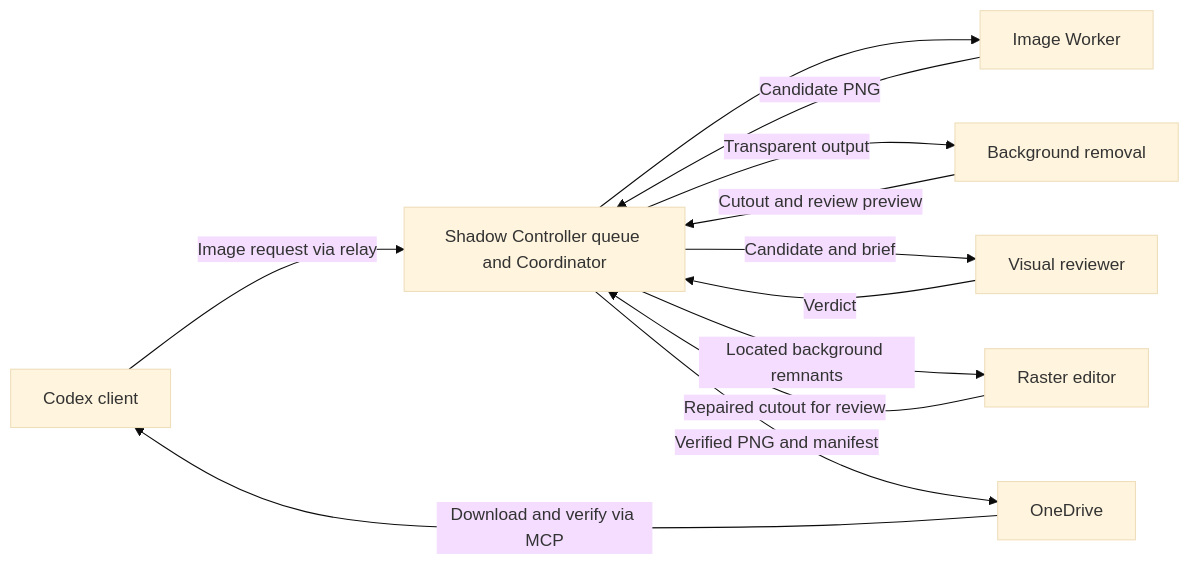
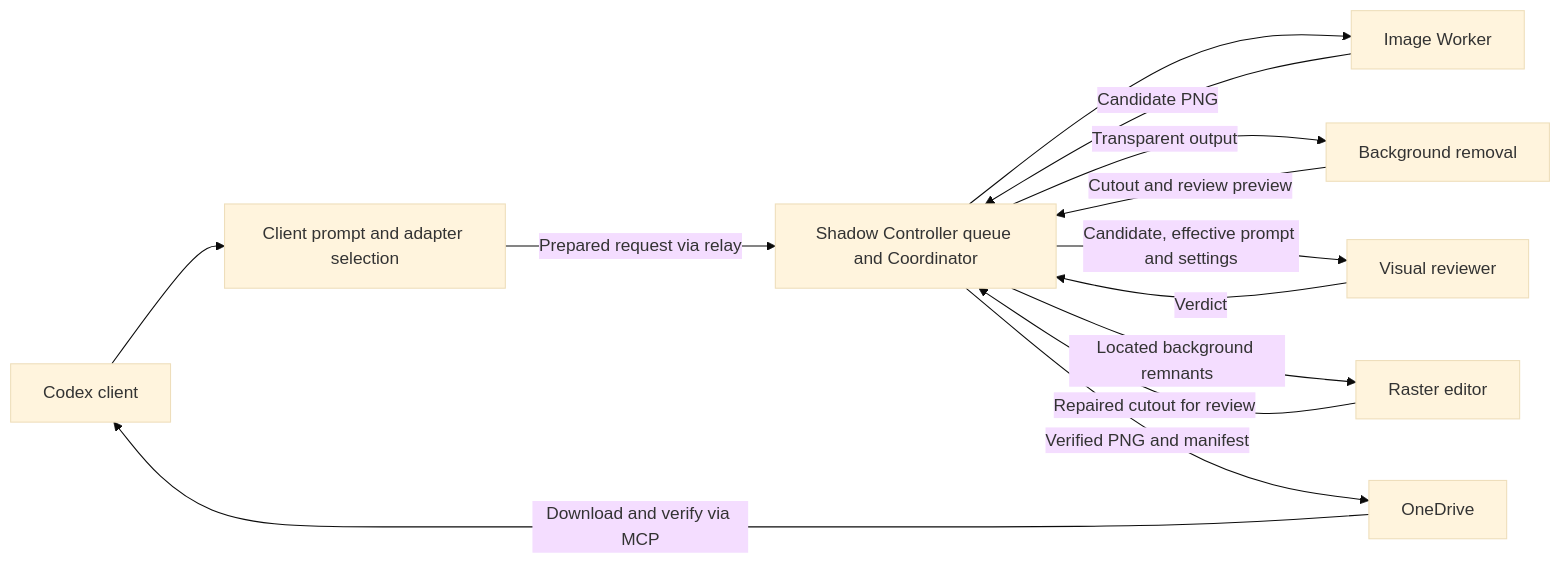
Before and after one commit to DRincs-Productions/LM-Studio: diagram 13 of 13 in README.md, drawn with Mermaid (base theme). The commit also changed other lines of this file and 13 other files, not shown here.

Commit message:
Prepare model-specific image prompts on Shadow clients

````diff
--- a/README.md
+++ b/README.md
@@ -579,14 +579,15 @@
 ```mermaid
 flowchart LR
-    A[Codex client] -->|Image request via relay| S[Shadow Controller queue and Coordinator]
+    A[Codex client] --> D[Client prompt and adapter selection]
+    D -->|Prepared request via relay| S[Shadow Controller queue and Coordinator]
     S --> I[Image Worker]
     I -->|Candidate PNG| S
     S -->|Transparent output| T[Background removal]
     T -->|Cutout and review preview| S
-    S -->|Candidate and brief| R[Visual reviewer]
+    S -->|Candidate, effective prompt and settings| R[Visual reviewer]
     R -->|Verdict| S
     S -->|Located background remnants| P[Raster editor]
     P -->|Repaired cutout for review| S
     S -->|Verified PNG and manifest| O[OneDrive]
     O -->|Download and verify via MCP| A
 ```
````
